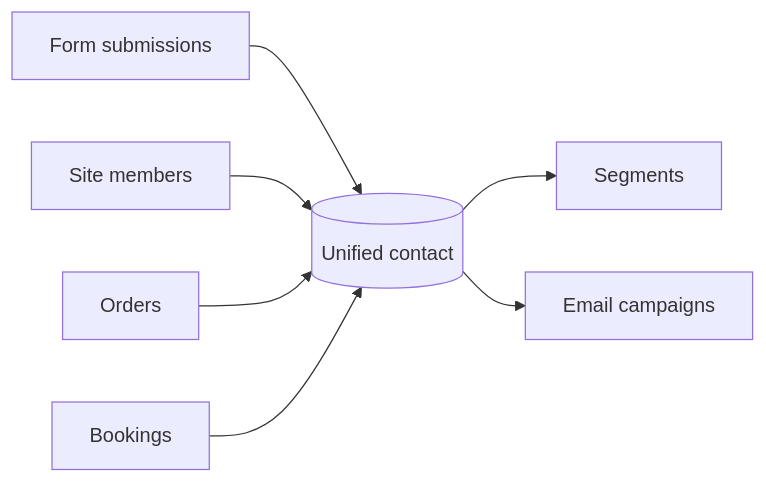
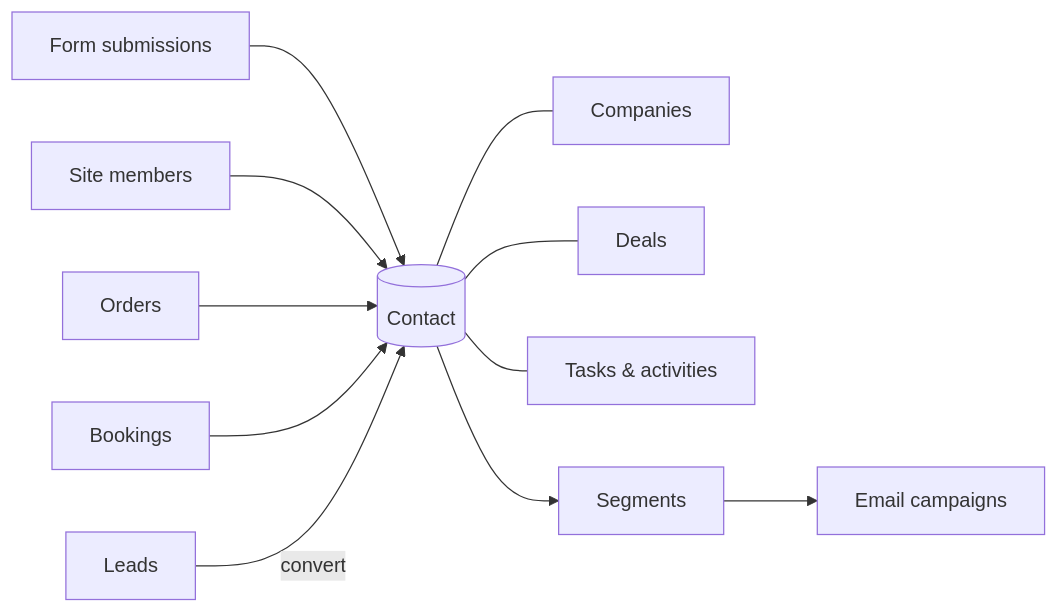
The diagram in apps/docs/docs/content-and-data/contacts/overview.md (aglyn/aglyn), drawn with Mermaid before and after one commit. The commit also changed other lines of this file and 31 other files, not shown here.

````diff
--- a/apps/docs/docs/content-and-data/contacts/overview.md
+++ b/apps/docs/docs/content-and-data/contacts/overview.md
@@ -26,9 +35,13 @@
 ```mermaid
 flowchart LR
-  F[Form submissions] --> C[(Unified contact)]
+  F[Form submissions] --> C[(Contact)]
   M[Site members] --> C
   O[Orders] --> C
   B[Bookings] --> C
+  L[Leads] -- convert --> C
+  C --- Co[Companies]
+  C --- D[Deals]
+  C --- T[Tasks & activities]
   C --> S[Segments]
-  C --> E[Email campaigns]
+  S --> E[Email campaigns]
 ```
````
